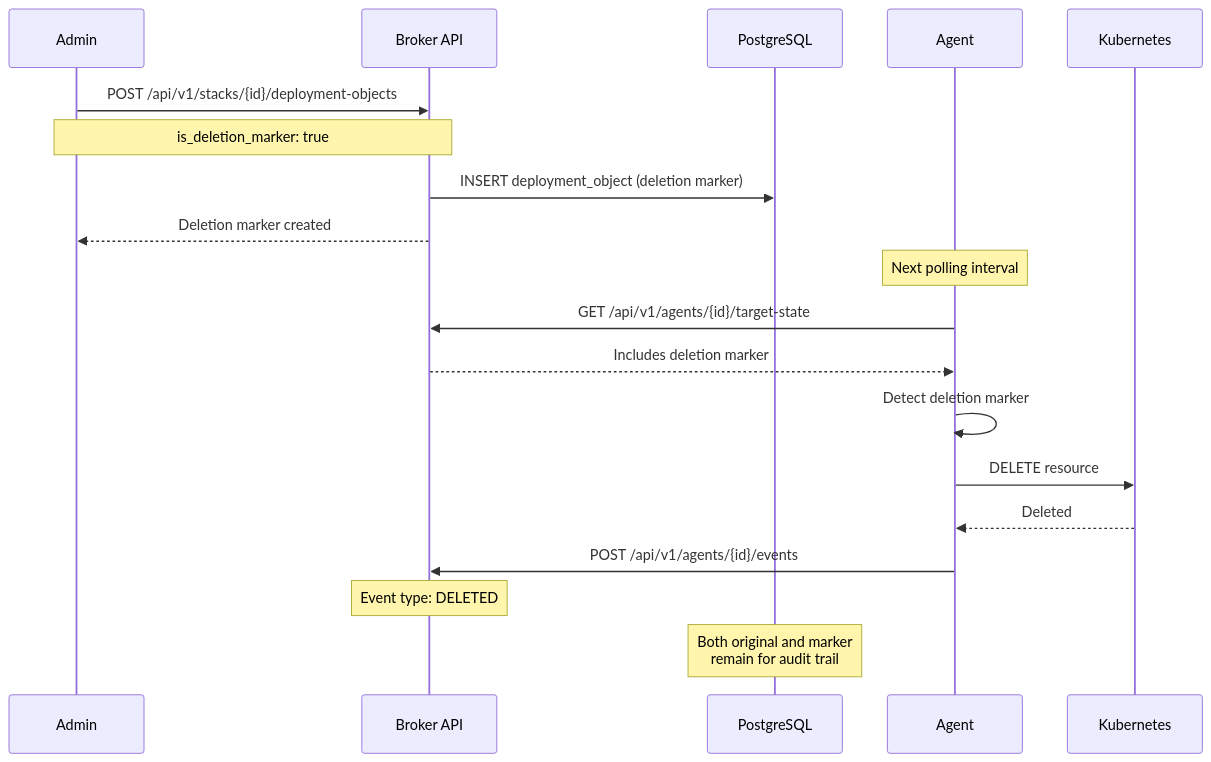
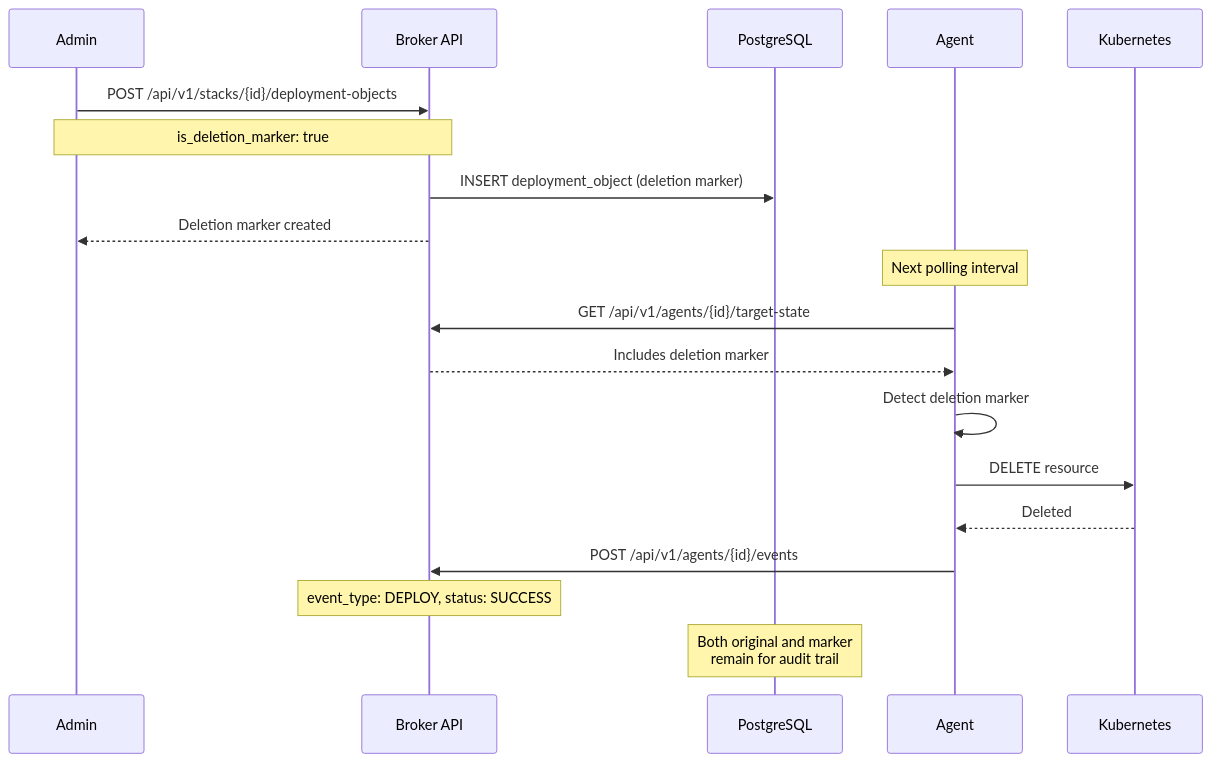
Before and after one commit to colliery-io/brokkr: the fourth of 11 diagrams in docs/src/explanation/data-flows.md, drawn with Mermaid. The commit also changed other lines of this file and 178 other files, not shown here.

````diff
--- a/docs/src/explanation/data-flows.md
+++ b/docs/src/explanation/data-flows.md
@@ -122,27 +123,27 @@
 ```mermaid
 sequenceDiagram
     participant Client as Admin
     participant Broker as Broker API
     participant DB as PostgreSQL
     participant Agent as Agent
     participant K8s as Kubernetes
 
     Client->>Broker: POST /api/v1/stacks/{id}/deployment-objects
     Note over Client,Broker: is_deletion_marker: true
 
     Broker->>DB: INSERT deployment_object (deletion marker)
     Broker-->>Client: Deletion marker created
 
     Note over Agent: Next polling interval
     Agent->>Broker: GET /api/v1/agents/{id}/target-state
     Broker-->>Agent: Includes deletion marker
 
     Agent->>Agent: Detect deletion marker
     Agent->>K8s: DELETE resource
     K8s-->>Agent: Deleted
 
     Agent->>Broker: POST /api/v1/agents/{id}/events
-    Note over Broker: Event type: DELETED
+    Note over Broker: event_type: DEPLOY, status: SUCCESS
 
     Note over DB: Both original and marker<br/>remain for audit trail
 ```
````
